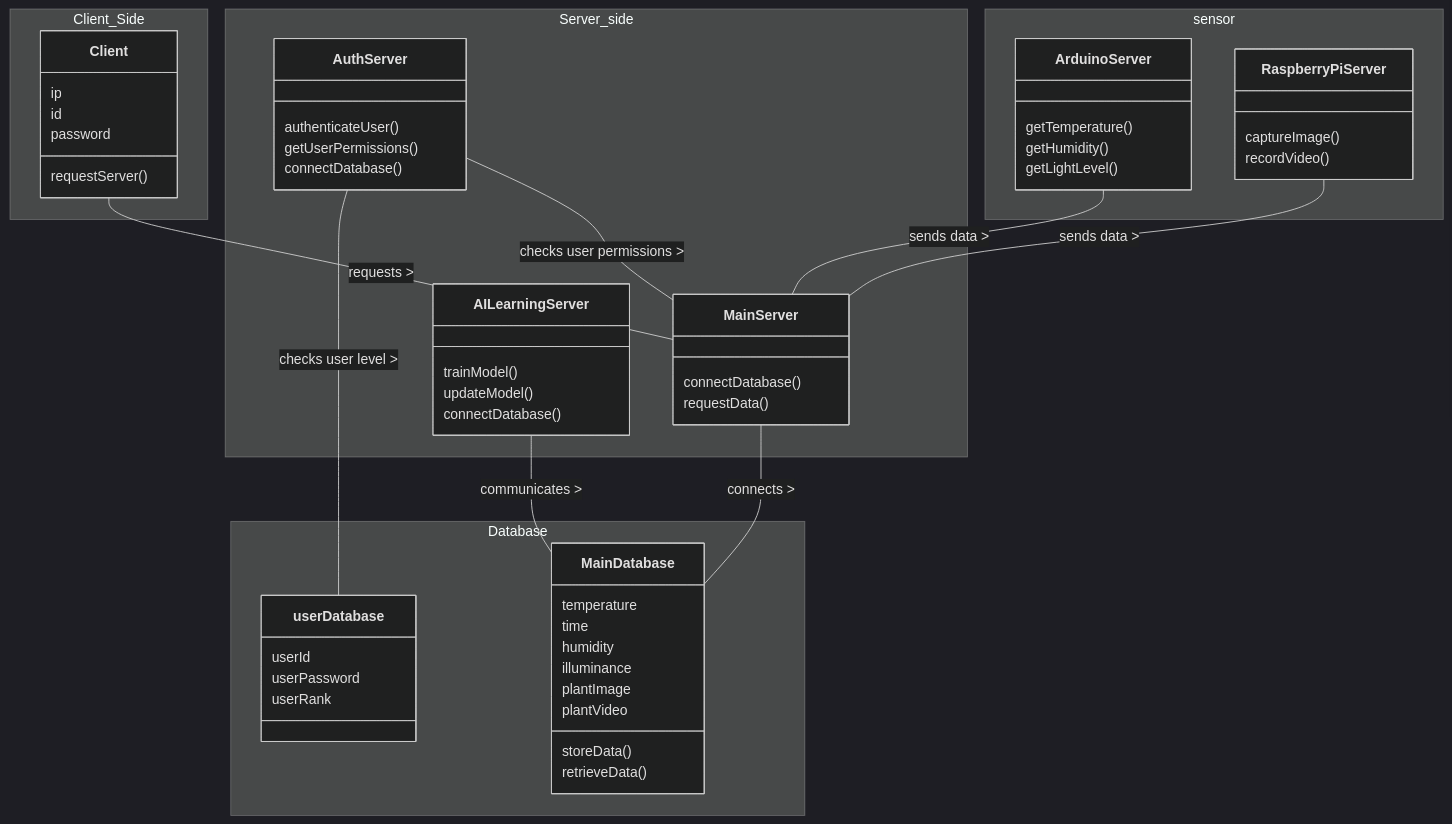
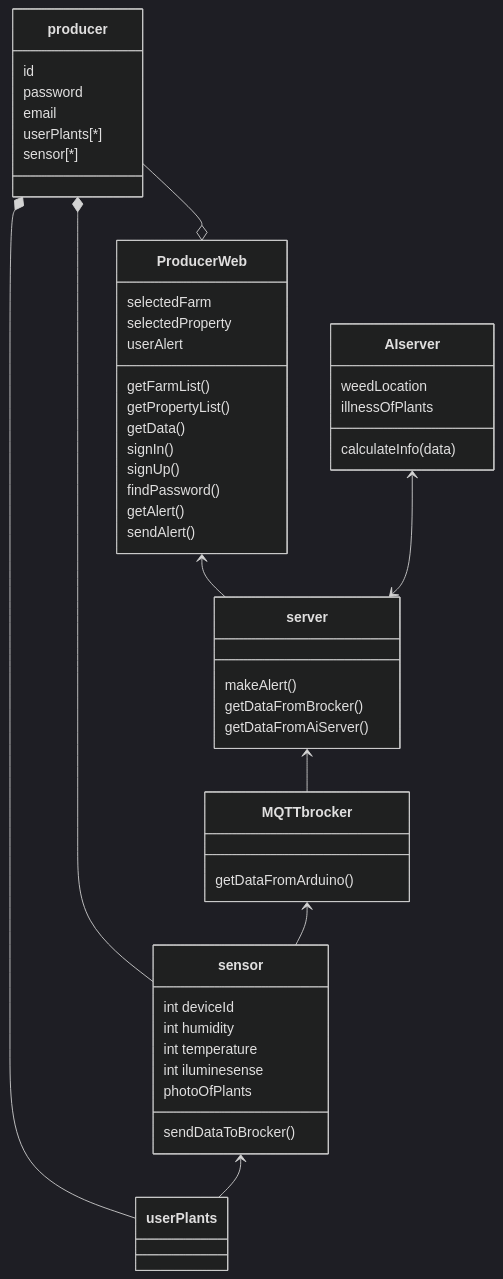
The diagram in doc/diagram/class_diagram.md (poow810/Smart_Farm_Monitoring_System), drawn with Mermaid (dark theme) before and after one commit.

Commit message:
UMR 다이어그램 표기 안되는 오류 해결.md

````diff
--- a/doc/diagram/class_diagram.md
+++ b/doc/diagram/class_diagram.md
@@ -3,78 +3,58 @@
 ```mermaid
-classDiagram
+classDiagram 
+    producer --o ProducerWeb
+    producer *--userPlants
+    producer *--sensor
+    ProducerWeb <-- server
+    MQTTbrocker <-- sensor
+    server<-- MQTTbrocker
+    AIserver <--> server
 
+    sensor <-- userPlants
+    class userPlants { }
+    class sensor {
+        int deviceId
+        int humidity
+        int temperature
+        int iluminesense
+        photoOfPlants
 
+        sendDataToBrocker()
+    }
 
-namespace Client_Side {          
-    class Client {
-	    ip
+    class MQTTbrocker {
+        getDataFromArduino()
+    }
+    class server {
+        makeAlert()
+        getDataFromBrocker()
+        getDataFromAiServer()
+    }
+    class AIserver {
+        weedLocation
+        illnessOfPlants
+
+        calculateInfo(data)
+    }
+    class ProducerWeb{
+        selectedFarm
+        selectedProperty
+        userAlert
+        getFarmList()
+        getPropertyList()
+        getData()
+        signIn()
+        signUp()
+        findPassword()
+        getAlert()
+        sendAlert()
+    }
+    class producer {
         id
         password
-        requestServer()
-    }
-}
-
-namespace Server_side {
-    class MainServer {
-        
-        connectDatabase()
-        requestData()
-    }
-    class AuthServer {
-
-        authenticateUser()
-        getUserPermissions()
-        connectDatabase()
-    }
-    class AILearningServer {
-        trainModel() 
-        updateModel()
-        connectDatabase()
-    }
-}
-
-namespace Database {
-    class MainDatabase {
-        temperature
-        time
-        humidity
-        illuminance
-        plantImage
-        plantVideo
-        storeData()
-        retrieveData()
-    }
-    class userDatabase{
-        userId
-        userPassword
-        userRank
+        email
+        userPlants[*]
+        sensor[*]
     }
 
-}
-
-namespace sensor {
-    class ArduinoServer {
-        getTemperature()
-        getHumidity()
-        getLightLevel()
-    }
-    class RaspberryPiServer {
-        captureImage()
-        recordVideo()
-    }
-}
-
-    Client -- MainServer : requests >
-
-    MainServer -- MainDatabase : connects >
-
-
-    AuthServer -- userDatabase : checks user level >
-    AuthServer -- MainServer : checks user permissions >
-
-
-    AILearningServer -- MainDatabase : communicates >
-
-    ArduinoServer -- MainServer : sends data >
-    RaspberryPiServer -- MainServer : sends data > 
 ```
````
